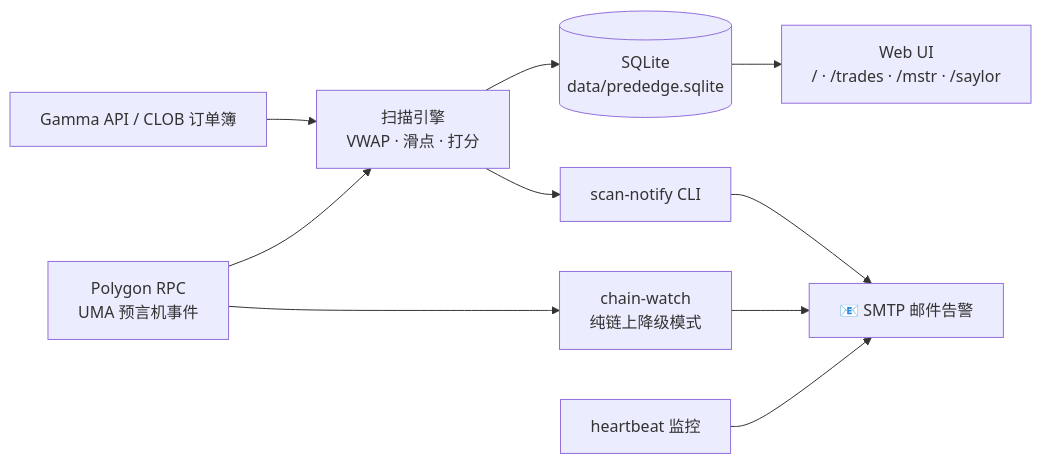
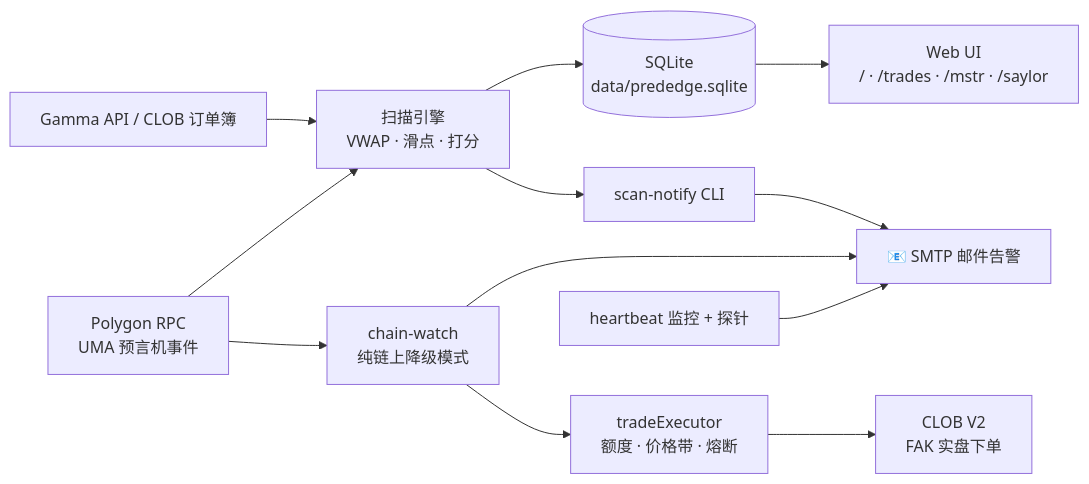
The first of 2 diagrams in README.md (yiyangshen04/prededge), drawn with Mermaid before and after one commit. The commit also changed other lines of this file, not shown here.

````diff
--- a/README.md
+++ b/README.md
@@ -60,12 +76,14 @@
 ```mermaid
 flowchart LR
     G[Gamma API / CLOB 订单簿] --> S[扫描引擎<br/>VWAP · 滑点 · 打分]
     P[Polygon RPC<br/>UMA 预言机事件] --> S
     P --> C[chain-watch<br/>纯链上降级模式]
     S --> DB[(SQLite<br/>data/prededge.sqlite)]
     DB --> UI[Web UI<br/>/ · /trades · /mstr · /saylor]
     S --> N[scan-notify CLI]
     N --> M[📧 SMTP 邮件告警]
     C --> M
-    H[heartbeat 监控] --> M
+    C --> T[tradeExecutor<br/>额度 · 价格带 · 熔断]
+    T --> O[CLOB V2<br/>FAK 实盘下单]
+    H[heartbeat 监控 + 探针] --> M
 ```
````
